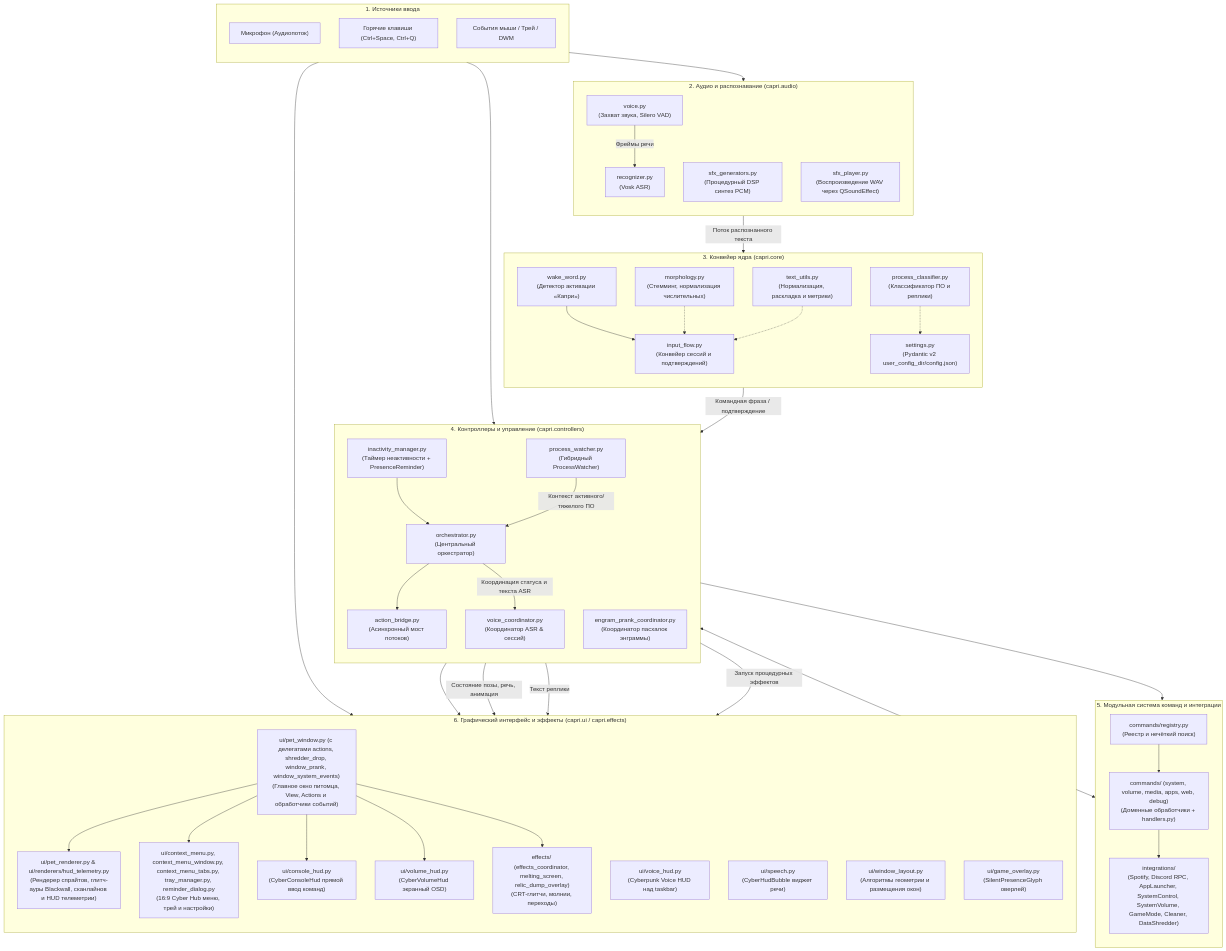
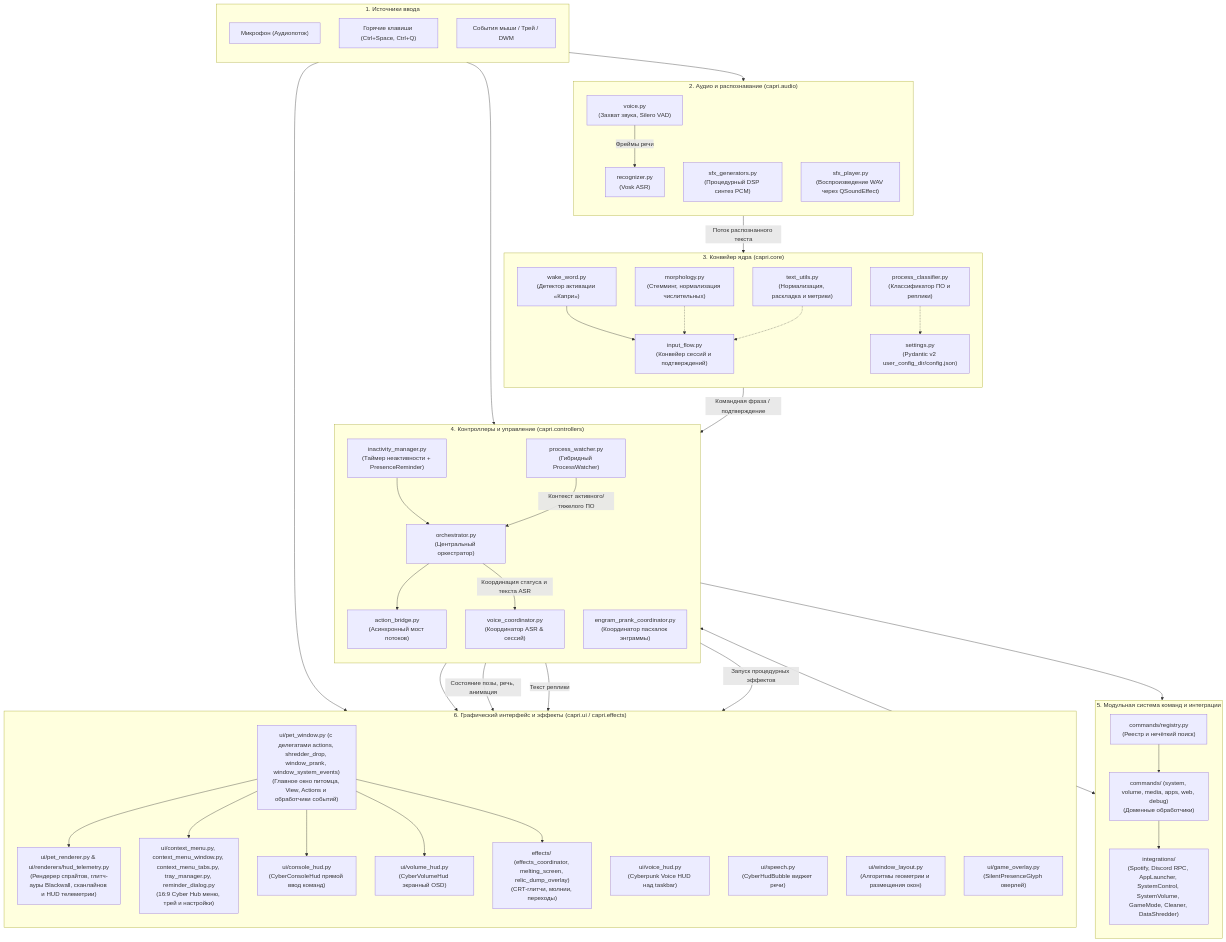
The first of 6 diagrams in docs/architecture.md (xTerionsilker/CapriPet-Python), drawn with Mermaid before and after one commit. The commit also changed 6 other files, not shown here.

Commit message:
refactor(commands): remove legacy handlers facade and direct domain imports

```diff
--- a/docs/architecture.md
+++ b/docs/architecture.md
@@ -57,7 +57,7 @@
     subgraph CommandsSubsystem["5. Модульная система команд и интеграции"]
         direction TB
         Registry["commands/registry.py<br/>(Реестр и нечёткий поиск)"]
-        Handlers["commands/ (system, volume, media, apps, web, debug)<br/>(Доменные обработчики + handlers.py)"]
+        Handlers["commands/ (system, volume, media, apps, web, debug)<br/>(Доменные обработчики)"]
         Integrations["integrations/<br/>(Spotify, Discord RPC, AppLauncher, SystemControl, SystemVolume, GameMode, Cleaner, DataShredder)"]
 
         Registry --> Handlers
```
